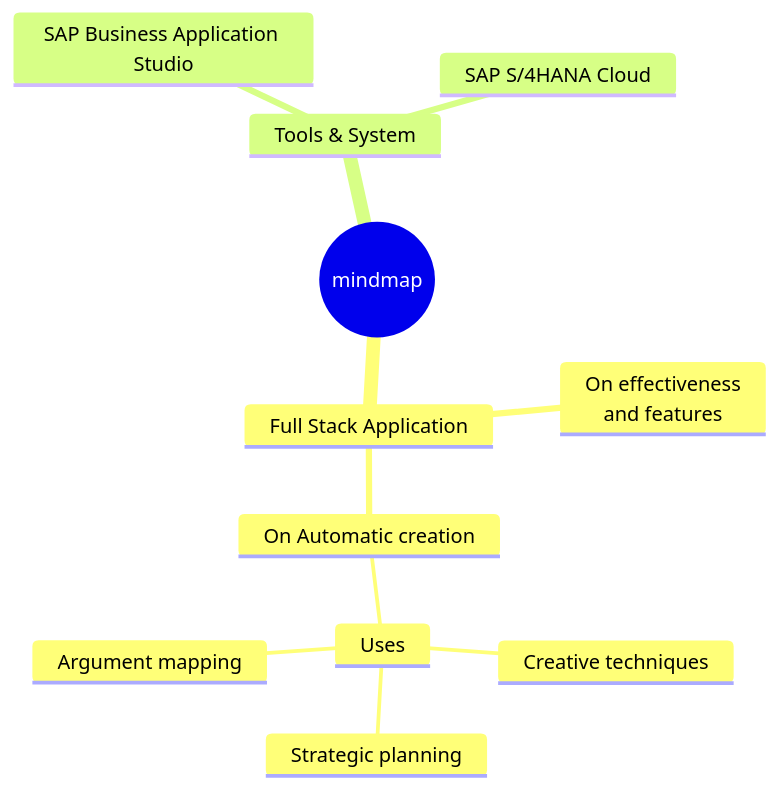
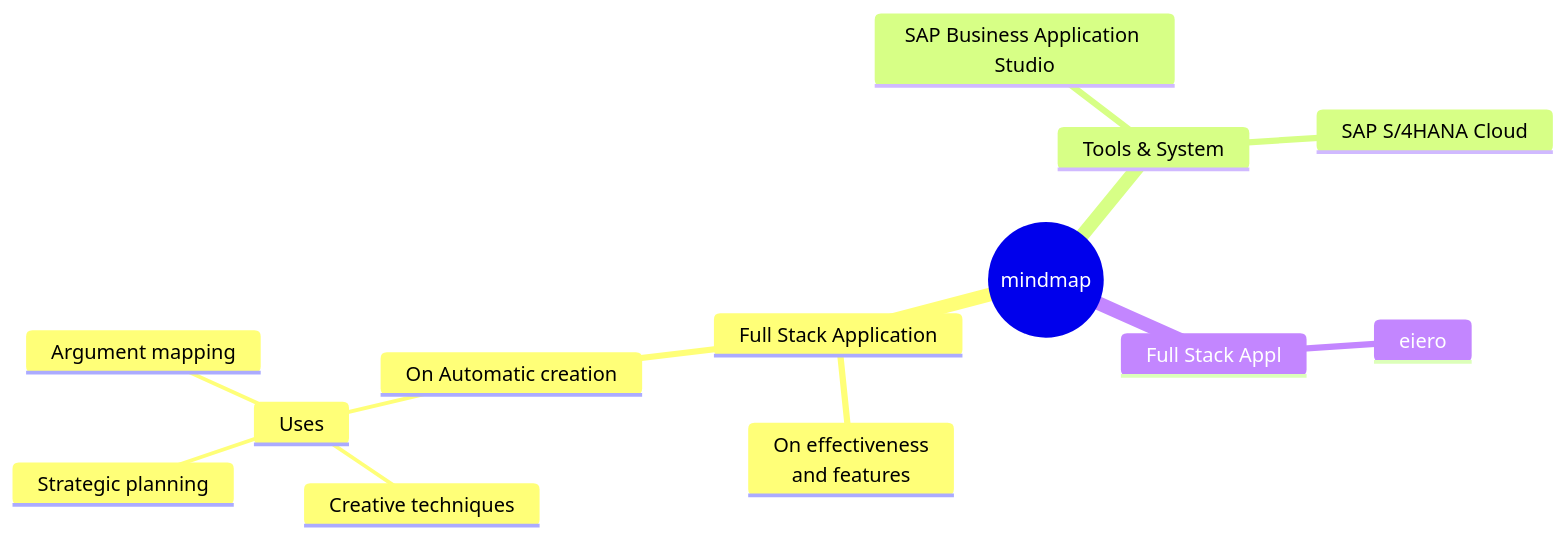
The first of 4 diagrams in README.md (ejazsyed/validation-issue), drawn with Mermaid before and after one commit.

````diff
--- a/README.md
+++ b/README.md
@@ -7,14 +7,16 @@
 ```mermaid
    mindmap
   root((mindmap))
     Full Stack Application
       On effectiveness<br/>and features
       On Automatic creation
         Uses
             Creative techniques
             Strategic planning
             Argument mapping
     Tools & System
       SAP Business Application Studio
       SAP S/4HANA Cloud
+    Full Stack Appl
+      eiero
 ```
````
